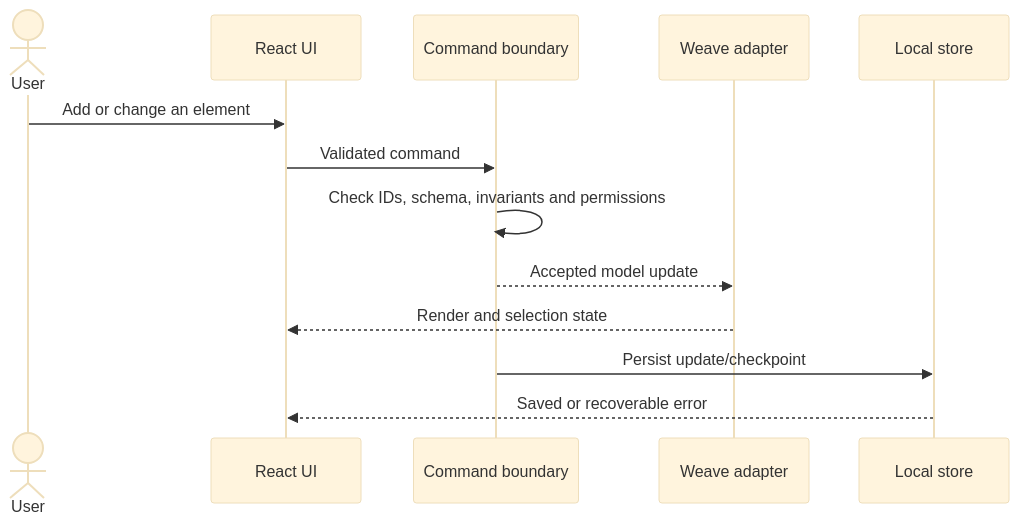
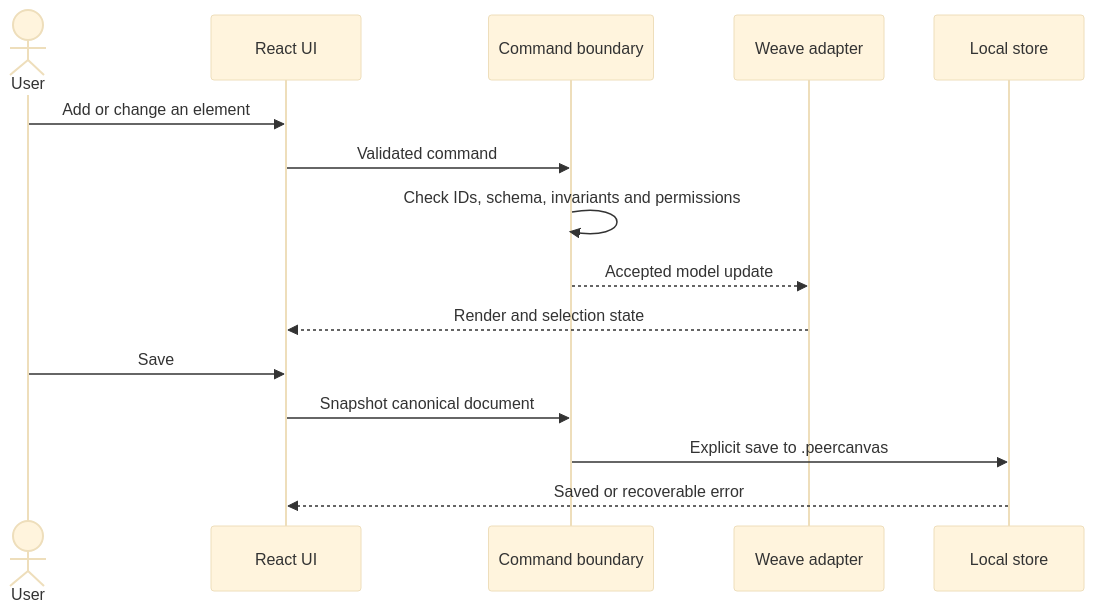
Before and after one commit to VforVitorio/peercanvas: the second of 2 diagrams in docs/architecture/overview.md, drawn with Mermaid (base theme). The commit also changed other lines of this file and 30 other files, not shown here.

Commit message:
feat(collaboration): implement host-sequenced sync

````diff
--- a/docs/architecture/overview.md
+++ b/docs/architecture/overview.md
@@ -100,15 +100,17 @@
 ```mermaid
 sequenceDiagram
   actor User
   participant UI as React UI
   participant Model as Command boundary
   participant Weave as Weave adapter
   participant Store as Local store
   User->>UI: Add or change an element
   UI->>Model: Validated command
   Model->>Model: Check IDs, schema, invariants and permissions
   Model-->>Weave: Accepted model update
   Weave-->>UI: Render and selection state
-  Model->>Store: Persist update/checkpoint
+  User->>UI: Save
+  UI->>Model: Snapshot canonical document
+  Model->>Store: Explicit save to .peercanvas
   Store-->>UI: Saved or recoverable error
 ```
````
